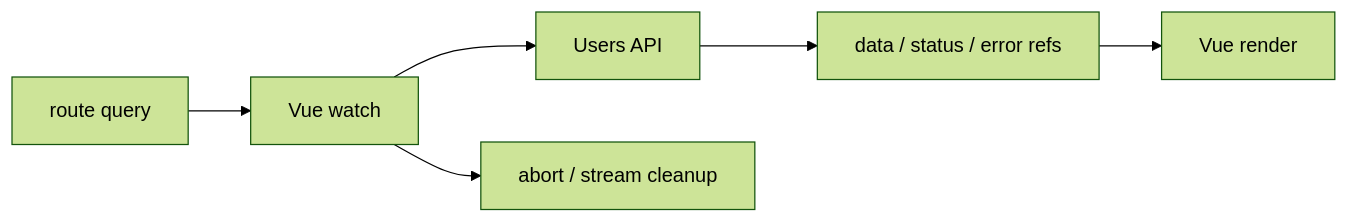
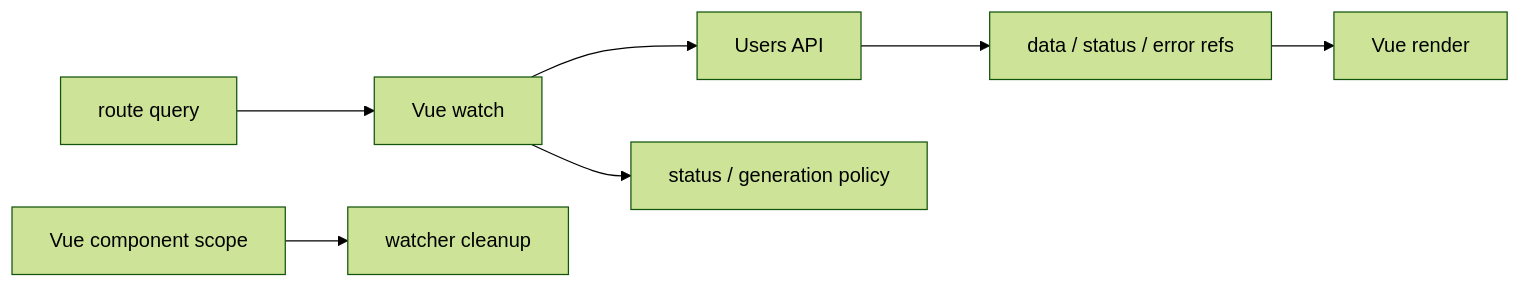
The first of 4 diagrams in docs/vue-async-ownership-talk-proposal.md (Luciano0322/v-tw-talk-2026), drawn with Mermaid (forest theme) before and after one commit. The commit also changed other lines of this file, not shown here.

Commit message:
docs: adjust draft add tanstack mermaid

````diff
--- a/docs/vue-async-ownership-talk-proposal.md
+++ b/docs/vue-async-ownership-talk-proposal.md
@@ -237,8 +366,9 @@
 ```mermaid
 flowchart LR
   Route[route query] --> Watch[Vue watch]
   Watch --> Request[Users API]
+  Watch --> Policy[status / generation policy]
   Request --> Refs[data / status / error refs]
   Refs --> UI[Vue render]
-  Watch --> Cleanup[abort / stream cleanup]
+  VueScope[Vue component scope] --> Cleanup[watcher cleanup]
 ```
````
